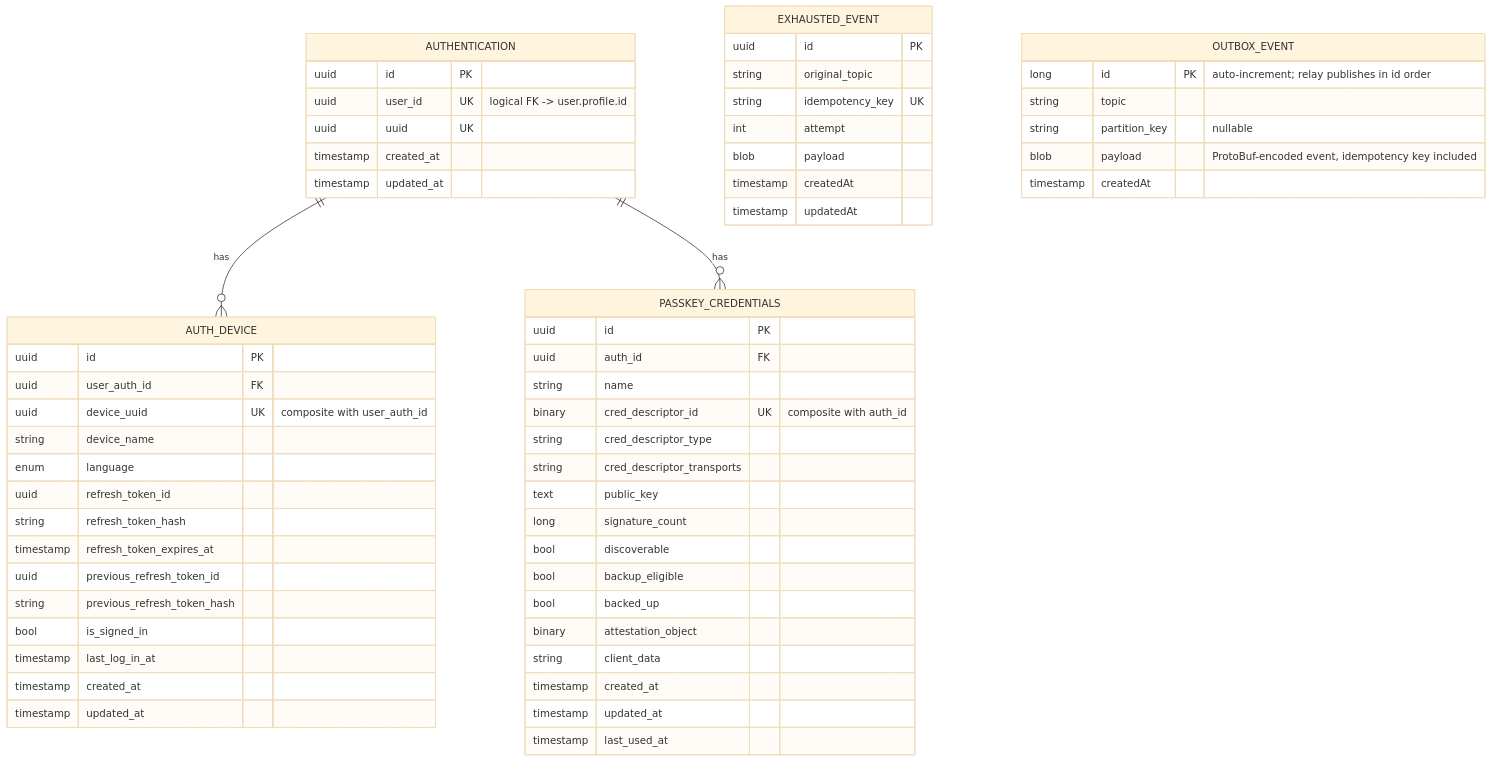
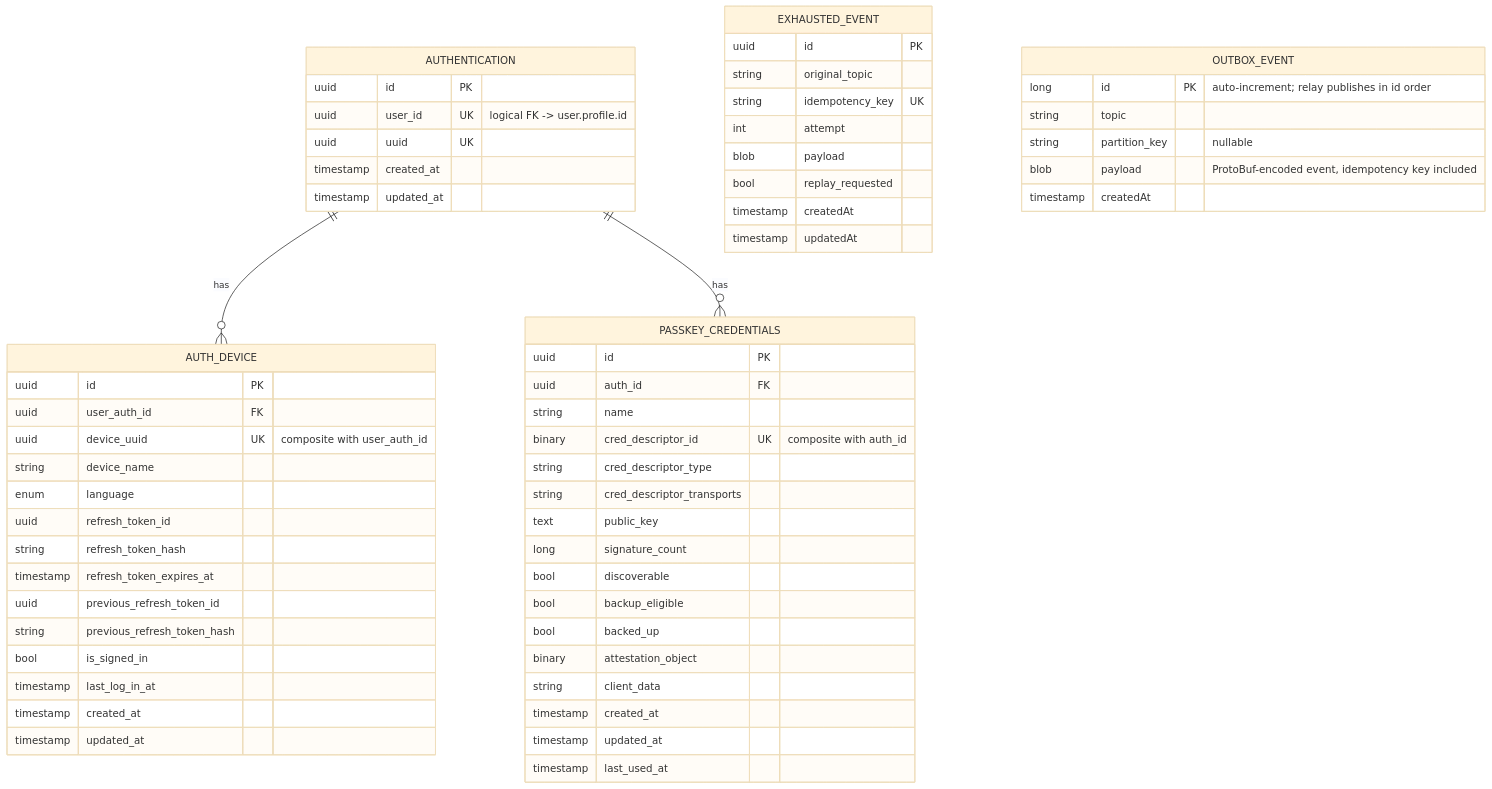
The diagram in docs/database/authorization.md (nocturneproperties/bookkme), drawn with Mermaid (base theme) before and after one commit. The commit also changed other lines of this file and 52 other files, not shown here.

````diff
--- a/docs/database/authorization.md
+++ b/docs/database/authorization.md
@@ -8,67 +8,68 @@
 ```mermaid
 erDiagram
     AUTHENTICATION ||--o{ AUTH_DEVICE : "has"
     AUTHENTICATION ||--o{ PASSKEY_CREDENTIALS : "has"
 
     AUTHENTICATION {
         uuid id PK
         uuid user_id UK "logical FK -> user.profile.id"
         uuid uuid UK
         timestamp created_at
         timestamp updated_at
     }
 
     AUTH_DEVICE {
         uuid id PK
         uuid user_auth_id FK
         uuid device_uuid UK "composite with user_auth_id"
         string device_name
         enum language
         uuid refresh_token_id
         string refresh_token_hash
         timestamp refresh_token_expires_at
         uuid previous_refresh_token_id
         string previous_refresh_token_hash
         bool is_signed_in
         timestamp last_log_in_at
         timestamp created_at
         timestamp updated_at
     }
 
     PASSKEY_CREDENTIALS {
         uuid id PK
         uuid auth_id FK
         string name
         binary cred_descriptor_id UK "composite with auth_id"
         string cred_descriptor_type
         string cred_descriptor_transports
         text public_key
         long signature_count
         bool discoverable
         bool backup_eligible
         bool backed_up
         binary attestation_object
         string client_data
         timestamp created_at
         timestamp updated_at
         timestamp last_used_at
     }
 
     EXHAUSTED_EVENT {
         uuid id PK
         string original_topic
         string idempotency_key UK
         int attempt
         blob payload
+        bool replay_requested
         timestamp createdAt
         timestamp updatedAt
     }
 
     OUTBOX_EVENT {
         long id PK "auto-increment; relay publishes in id order"
         string topic
         string partition_key "nullable"
         blob payload "ProtoBuf-encoded event, idempotency key included"
         timestamp createdAt
     }
 ```
````
